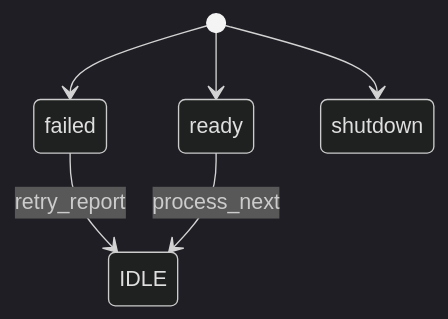
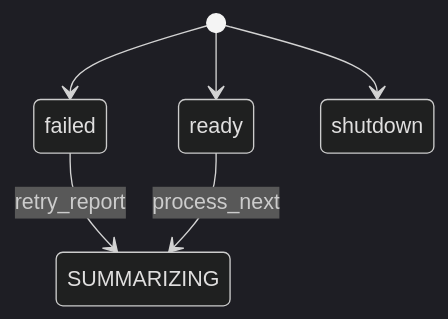
The diagram in docs/fsm-diagrams/patient-records/COMPLETED.mermaid (sheikkinen/statemachine-engine), drawn with Mermaid (dark theme) before and after one commit. The commit also changed 10 other files, not shown here.

```diff
--- a/docs/fsm-diagrams/patient-records/COMPLETED.mermaid
+++ b/docs/fsm-diagrams/patient-records/COMPLETED.mermaid
@@ -1,17 +1,16 @@
 stateDiagram-v2
     %% Detailed view of COMPLETED
 
     [*] --> failed
     [*] --> ready
     [*] --> shutdown
 
     %% Internal transitions
 
     %% External composites
-    state IDLE
     state SUMMARIZING
     state FACT_CHECKING
 
     %% Transitions to other composites
-    failed --> IDLE : retry_report
-    ready --> IDLE : process_next
+    failed --> SUMMARIZING : retry_report
+    ready --> SUMMARIZING : process_next
```
